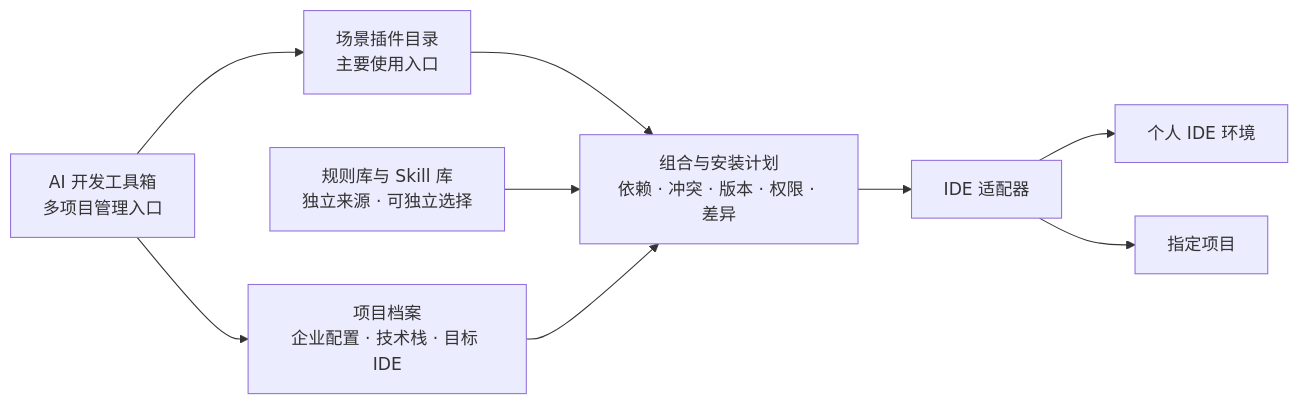
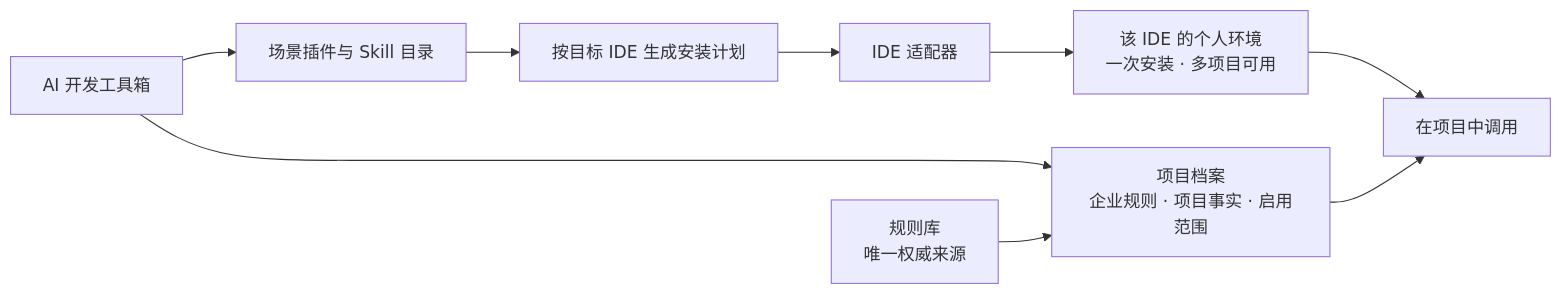
Before and after one commit to yadan177/AgentRuleKit: the diagram in docs/product-architecture.md, drawn with Mermaid. The commit also changed other lines of this file and 2 other files, not shown here.

Commit message:
docs: 明确按 IDE 安装通用能力

````diff
--- a/docs/product-architecture.md
+++ b/docs/product-architecture.md
@@ -63,11 +65,11 @@
 ```mermaid
 flowchart LR
-    A[AI 开发工具箱<br/>多项目管理入口] --> P[场景插件目录<br/>主要使用入口]
-    A --> C[项目档案<br/>企业配置 · 技术栈 · 目标 IDE]
-    P --> D[组合与安装计划<br/>依赖 · 冲突 · 版本 · 权限 · 差异]
-    B[规则库与 Skill 库<br/>独立来源 · 可独立选择] --> D
-    C --> D
+    A[AI 开发工具箱] --> P[场景插件与 Skill 目录]
+    P --> D[按目标 IDE 生成安装计划]
     D --> E[IDE 适配器]
-    E --> F[个人 IDE 环境]
-    E --> G[指定项目]
+    E --> F[该 IDE 的个人环境<br/>一次安装 · 多项目可用]
+    A --> C[项目档案<br/>企业规则 · 项目事实 · 启用范围]
+    B[规则库<br/>唯一权威来源] --> C
+    F --> R[在项目中调用]
+    C --> R
 ```
````
